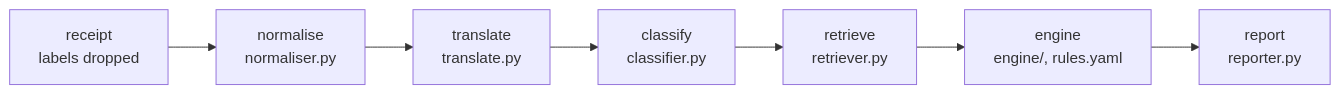
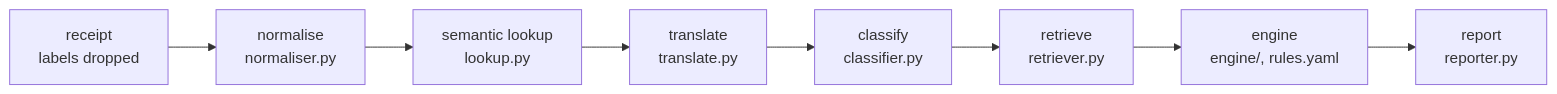
One commit to laasyaaprasad/expense-policy-validator changed the diagram in README.md. Above: the diagram before and after it, drawn with Mermaid. The commit also changed other lines of this file and 34 other files, not shown here.

First line of the commit message:
Wire the semantic lookup in before the model

````diff
--- a/README.md
+++ b/README.md
@@ -14,4 +14,4 @@
 ```mermaid
 flowchart LR
-    R["receipt<br/>labels dropped"] --> N["normalise<br/>normaliser.py"] --> T["translate<br/>translate.py"] --> K["classify<br/>classifier.py"] --> P["retrieve<br/>retriever.py"] --> E["engine<br/>engine/, rules.yaml"] --> O["report<br/>reporter.py"]
+    R["receipt<br/>labels dropped"] --> N["normalise<br/>normaliser.py"] --> L["semantic lookup<br/>lookup.py"] --> T["translate<br/>translate.py"] --> K["classify<br/>classifier.py"] --> P["retrieve<br/>retriever.py"] --> E["engine<br/>engine/, rules.yaml"] --> O["report<br/>reporter.py"]
 ```
````
